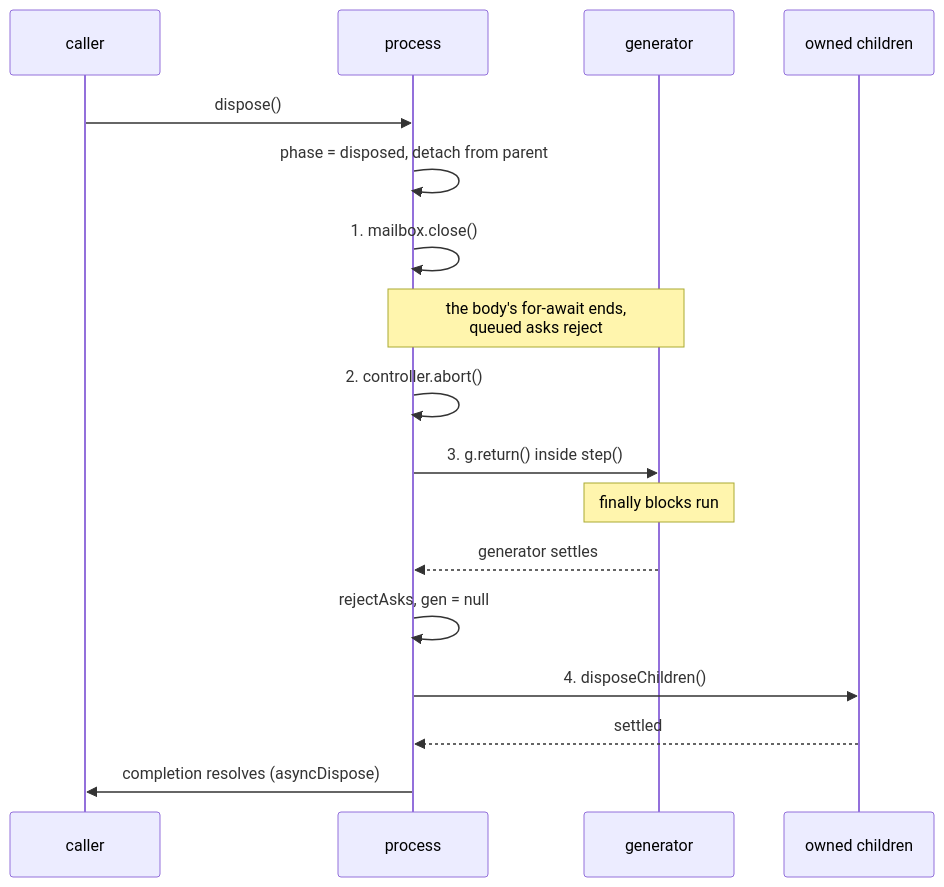
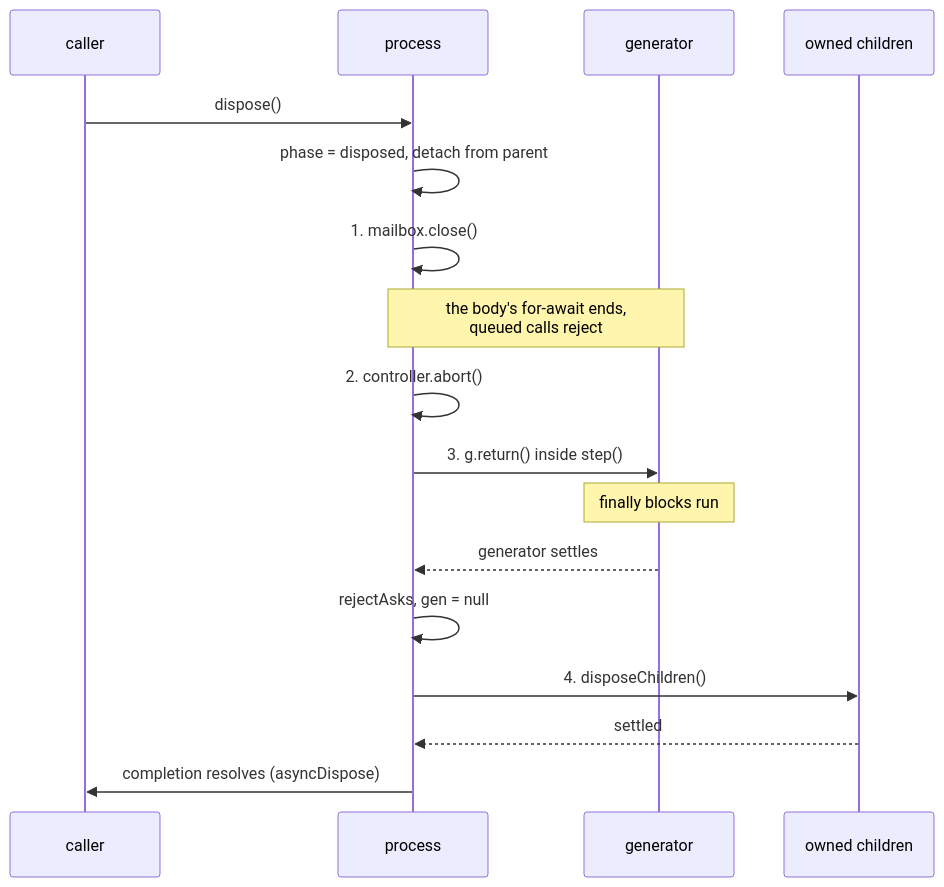
One commit to twfarland/nonchalant changed the third of 3 diagrams in docs/internals/process.md. Above: the diagram before and after it, drawn with Mermaid. The commit also changed other lines of this file and 101 other files, not shown here.

````diff
--- a/docs/internals/process.md
+++ b/docs/internals/process.md
@@ -140,20 +140,20 @@
 ```mermaid
 sequenceDiagram
     participant U as caller
     participant P as process
     participant G as generator
     participant C as owned children
 
     U->>P: dispose()
     P->>P: phase = disposed, detach from parent
     P->>P: 1. mailbox.close()
-    Note over P,G: the body's for-await ends,<br/>queued asks reject
+    Note over P,G: the body's for-await ends,<br/>queued calls reject
     P->>P: 2. controller.abort()
     P->>G: 3. g.return() inside step()
     Note over G: finally blocks run
     G-->>P: generator settles
     P->>P: rejectAsks, gen = null
     P->>C: 4. disposeChildren()
     C-->>P: settled
     P->>U: completion resolves (asyncDispose)
 ```
````
